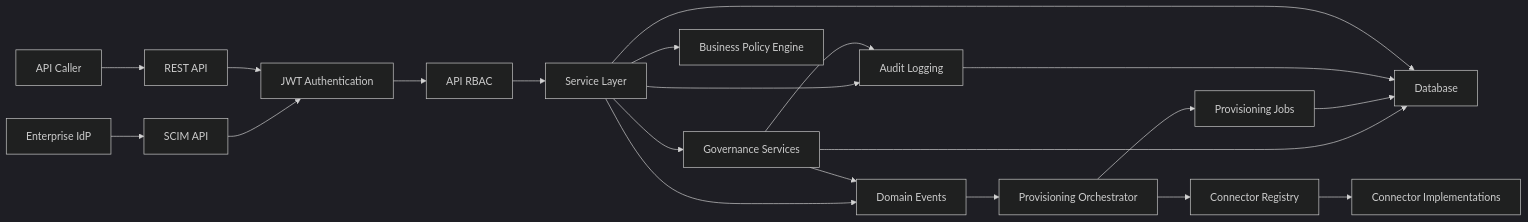
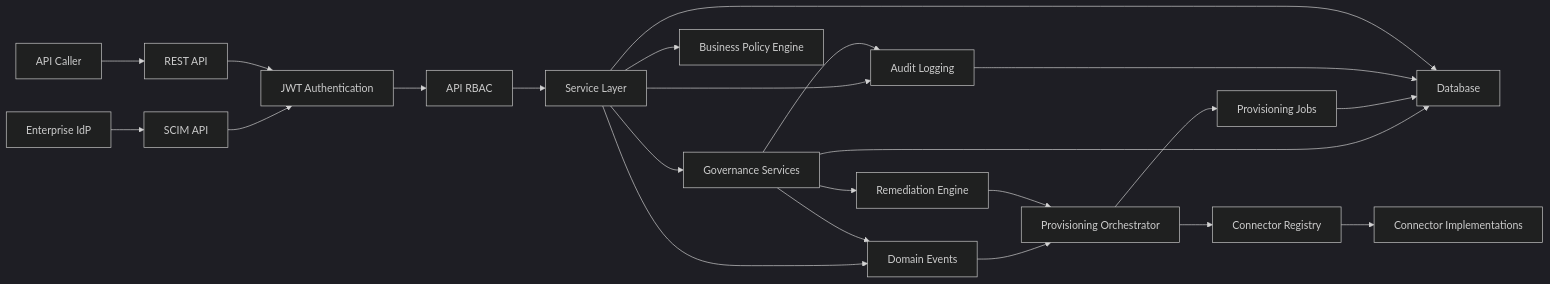
One commit to happelj/accessiq changed the first of 12 diagrams in docs/architecture.md. Above: the diagram before and after it, drawn with Mermaid (dark theme). The commit also changed other lines of this file and 15 other files, not shown here.

Commit message:
Add remediation engine

````diff
--- a/docs/architecture.md
+++ b/docs/architecture.md
@@ -7,23 +7,25 @@
 ```mermaid
 flowchart LR
     IdP["Enterprise IdP"] --> SCIM["SCIM API"]
     User["API Caller"] --> REST["REST API"]
     SCIM --> Auth["JWT Authentication"]
     REST --> Auth
     Auth --> RBAC["API RBAC"]
     RBAC --> Services["Service Layer"]
     Services --> Governance["Governance Services"]
     Services --> Policy["Business Policy Engine"]
     Services --> Audit["Audit Logging"]
     Services --> Events["Domain Events"]
     Governance --> Audit
     Governance --> Events
     Governance --> DB
+    Governance --> Remediation["Remediation Engine"]
     Events --> Orchestrator["Provisioning Orchestrator"]
+    Remediation --> Orchestrator
     Orchestrator --> Jobs["Provisioning Jobs"]
     Orchestrator --> Registry["Connector Registry"]
     Registry --> Connectors["Connector Implementations"]
     Jobs --> DB
     Audit --> DB["Database"]
     Services --> DB
 ```
````
